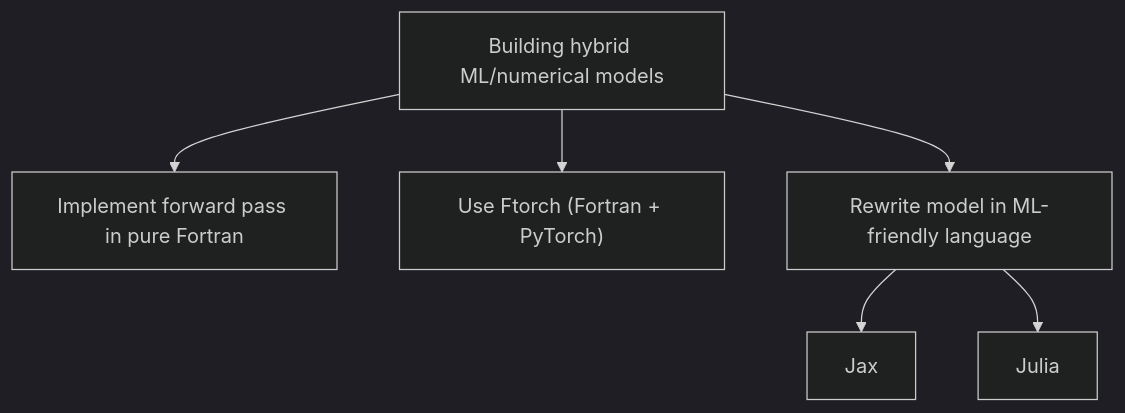
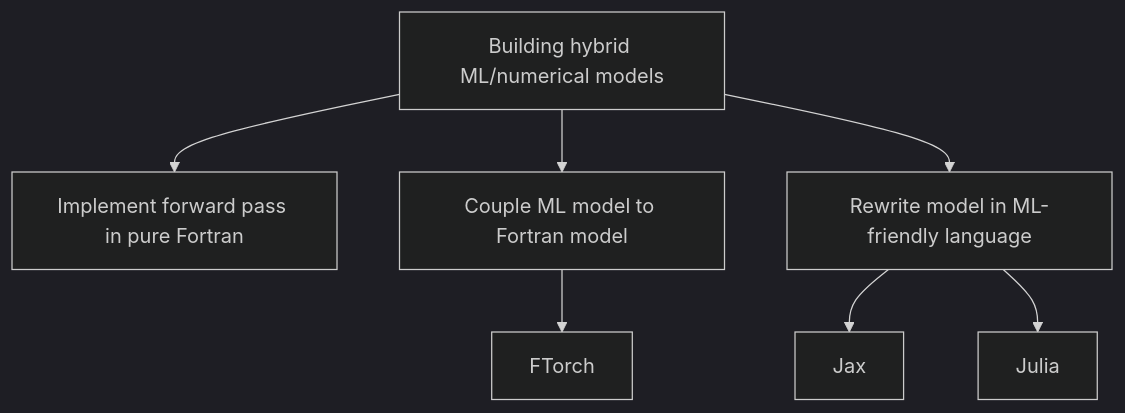
Before and after one commit to ukceh-rse/ukceh-rse.github.io: the diagram in updates/2025-09-04_ml_coupling_workshop/index.qmd, drawn with Mermaid (dark theme). The commit also changed other lines of this file and 4 other files, not shown here.

````diff
--- a/updates/2025-09-04_ml_coupling_workshop/index.qmd
+++ b/updates/2025-09-04_ml_coupling_workshop/index.qmd
@@ -65,17 +65,19 @@
 ```{mermaid}
 flowchart TD
     A["Building hybrid ML/numerical models"]
 
     B["Implement forward pass in pure Fortran"]
-    C["Use Ftorch (Fortran + PyTorch)"]
+    C["Couple ML model to Fortran model"]
     D["Rewrite model in ML-friendly language"]
-    E["Jax"]
-    F["Julia"]
+    E["FTorch"]
+    F["Jax"]
+    G["Julia"]
 
     A --> B
     A --> C
     A --> D
 
-    D --> E
+    C --> E
     D --> F
+    D --> G
 ```
````
